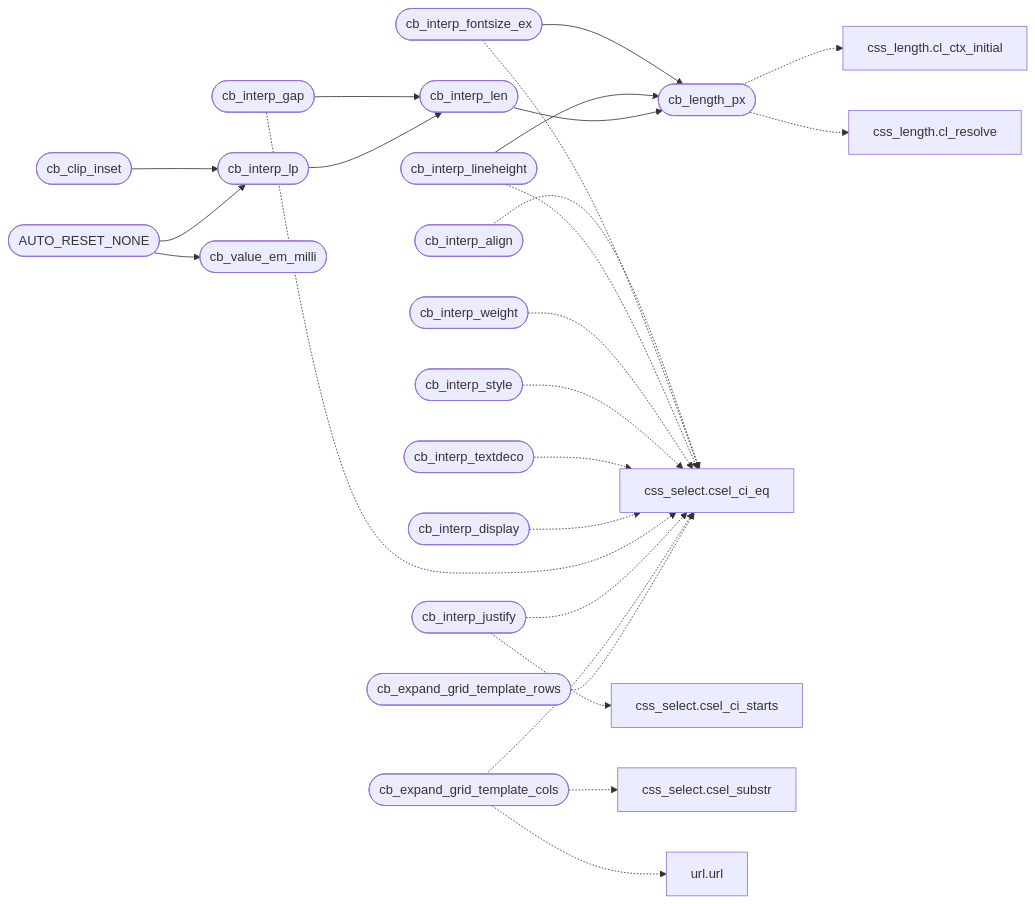
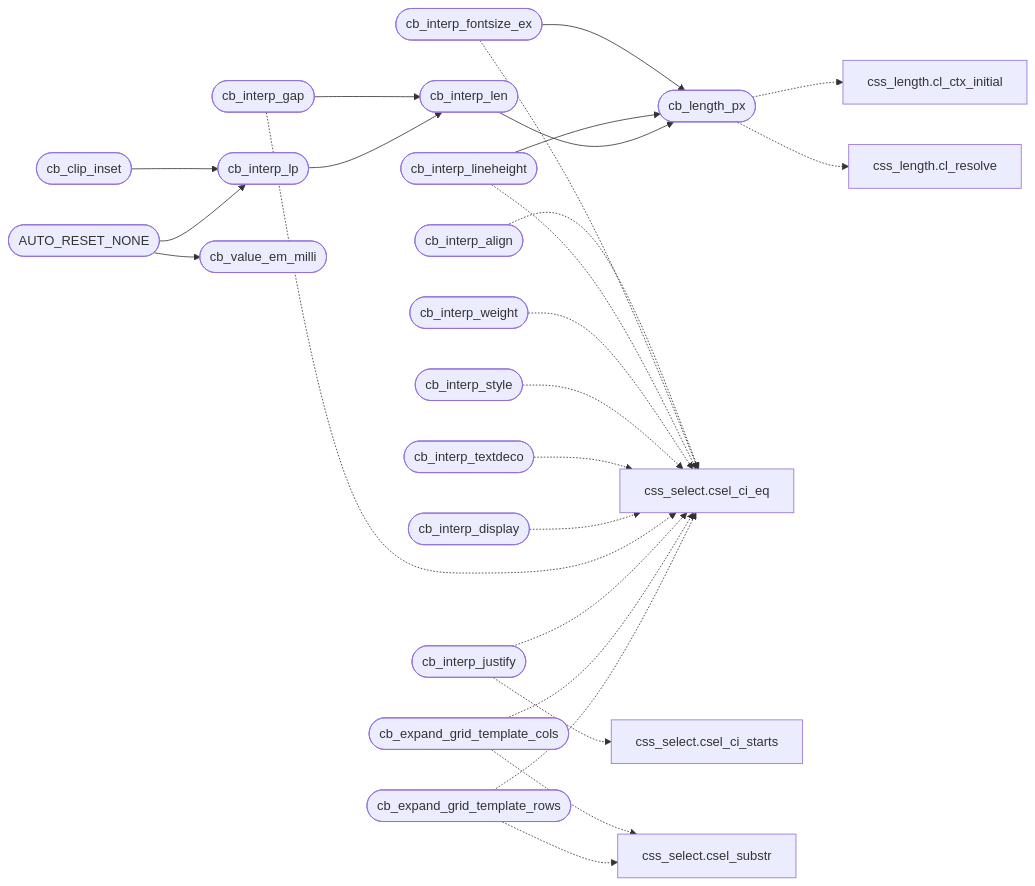
One commit to grisuno/FreeDom changed the second of 2 diagrams in readmenator-apidocs/modules/src.css_box.c.md. Above: the diagram before and after it, drawn with Mermaid. The commit also changed other lines of this file and 221 other files, not shown here.

````diff
--- a/readmenator-apidocs/modules/src.css_box.c.md
+++ b/readmenator-apidocs/modules/src.css_box.c.md
@@ -28,50 +28,49 @@
 ```mermaid
 flowchart LR
     n_src_css_box_c__cb_interp_fontsize_ex(["cb_interp_fontsize_ex"])
     n_src_css_box_c__cb_length_px(["cb_length_px"])
     n_src_css_box_c__cb_interp_lineheight(["cb_interp_lineheight"])
     n_src_css_box_c__cb_interp_gap(["cb_interp_gap"])
     n_src_css_box_c__cb_interp_len(["cb_interp_len"])
     n_src_css_box_c__cb_clip_inset(["cb_clip_inset"])
     n_src_css_box_c__cb_interp_lp(["cb_interp_lp"])
     n_src_css_box_c__AUTO_RESET_NONE(["AUTO_RESET_NONE"])
     n_src_css_box_c__cb_value_em_milli(["cb_value_em_milli"])
     n_src_css_length_c__cl_ctx_initial["css_length.cl_ctx_initial"]
     n_src_css_length_c__cl_resolve["css_length.cl_resolve"]
     n_src_css_box_c__cb_interp_align(["cb_interp_align"])
     n_include_css_select_h__csel_ci_eq["css_select.csel_ci_eq"]
     n_src_css_box_c__cb_interp_weight(["cb_interp_weight"])
     n_src_css_box_c__cb_interp_style(["cb_interp_style"])
     n_src_css_box_c__cb_interp_textdeco(["cb_interp_textdeco"])
     n_src_css_box_c__cb_interp_display(["cb_interp_display"])
     n_src_css_box_c__cb_interp_justify(["cb_interp_justify"])
     n_include_css_select_h__csel_ci_starts["css_select.csel_ci_starts"]
     n_src_css_box_c__cb_expand_grid_template_cols(["cb_expand_grid_template_cols"])
     n_include_css_select_h__csel_substr["css_select.csel_substr"]
-    n_include_url_h__url["url.url"]
     n_src_css_box_c__cb_expand_grid_template_rows(["cb_expand_grid_template_rows"])
     n_src_css_box_c__cb_interp_fontsize_ex --> n_src_css_box_c__cb_length_px
     n_src_css_box_c__cb_interp_lineheight --> n_src_css_box_c__cb_length_px
     n_src_css_box_c__cb_interp_gap --> n_src_css_box_c__cb_interp_len
     n_src_css_box_c__cb_interp_len --> n_src_css_box_c__cb_length_px
     n_src_css_box_c__cb_clip_inset --> n_src_css_box_c__cb_interp_lp
     n_src_css_box_c__cb_interp_lp --> n_src_css_box_c__cb_interp_len
     n_src_css_box_c__AUTO_RESET_NONE --> n_src_css_box_c__cb_interp_lp
     n_src_css_box_c__AUTO_RESET_NONE --> n_src_css_box_c__cb_value_em_milli
     n_src_css_box_c__cb_length_px -.-> n_src_css_length_c__cl_ctx_initial
     n_src_css_box_c__cb_length_px -.-> n_src_css_length_c__cl_resolve
     n_src_css_box_c__cb_interp_align -.-> n_include_css_select_h__csel_ci_eq
     n_src_css_box_c__cb_interp_fontsize_ex -.-> n_include_css_select_h__csel_ci_eq
     n_src_css_box_c__cb_interp_lineheight -.-> n_include_css_select_h__csel_ci_eq
     n_src_css_box_c__cb_interp_weight -.-> n_include_css_select_h__csel_ci_eq
     n_src_css_box_c__cb_interp_style -.-> n_include_css_select_h__csel_ci_eq
     n_src_css_box_c__cb_interp_textdeco -.-> n_include_css_select_h__csel_ci_eq
     n_src_css_box_c__cb_interp_display -.-> n_include_css_select_h__csel_ci_eq
     n_src_css_box_c__cb_interp_gap -.-> n_include_css_select_h__csel_ci_eq
     n_src_css_box_c__cb_interp_justify -.-> n_include_css_select_h__csel_ci_eq
     n_src_css_box_c__cb_interp_justify -.-> n_include_css_select_h__csel_ci_starts
     n_src_css_box_c__cb_expand_grid_template_cols -.-> n_include_css_select_h__csel_ci_eq
     n_src_css_box_c__cb_expand_grid_template_cols -.-> n_include_css_select_h__csel_substr
-    n_src_css_box_c__cb_expand_grid_template_cols -.-> n_include_url_h__url
     n_src_css_box_c__cb_expand_grid_template_rows -.-> n_include_css_select_h__csel_ci_eq
+    n_src_css_box_c__cb_expand_grid_template_rows -.-> n_include_css_select_h__csel_substr
 ```
````
